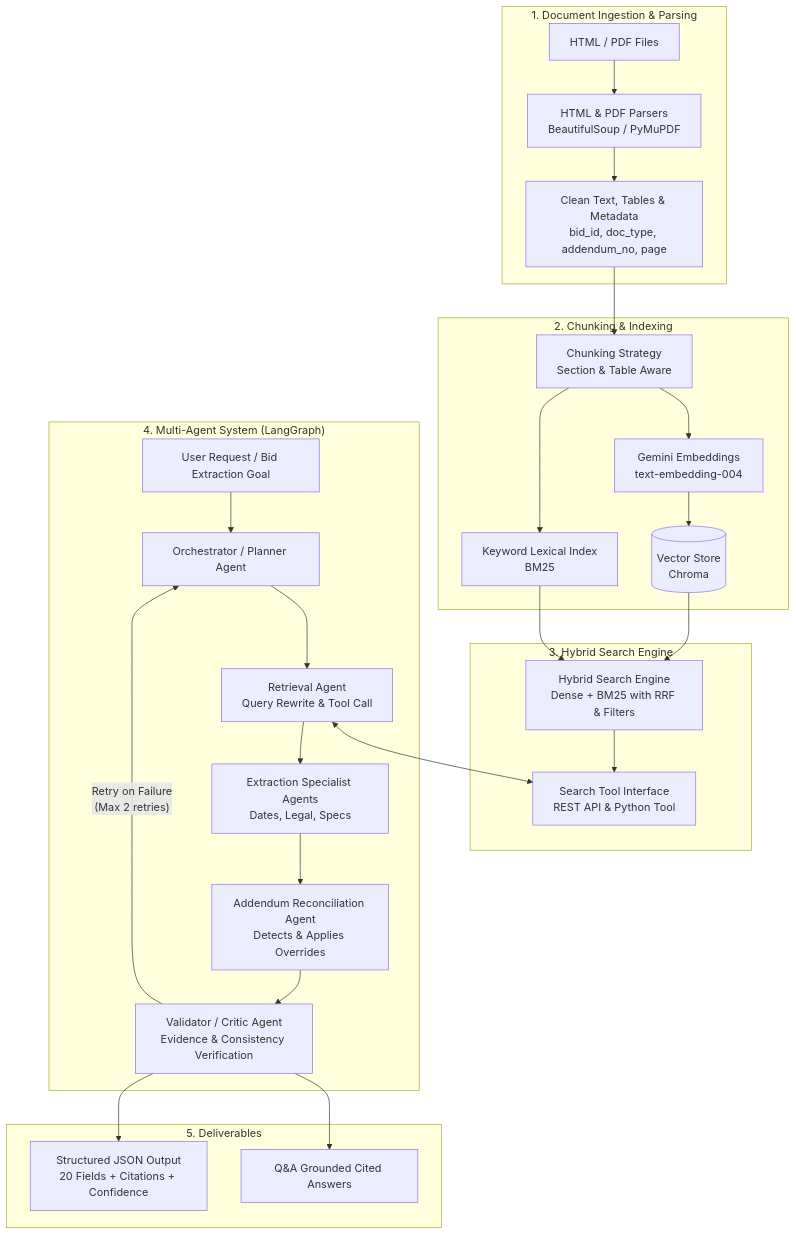
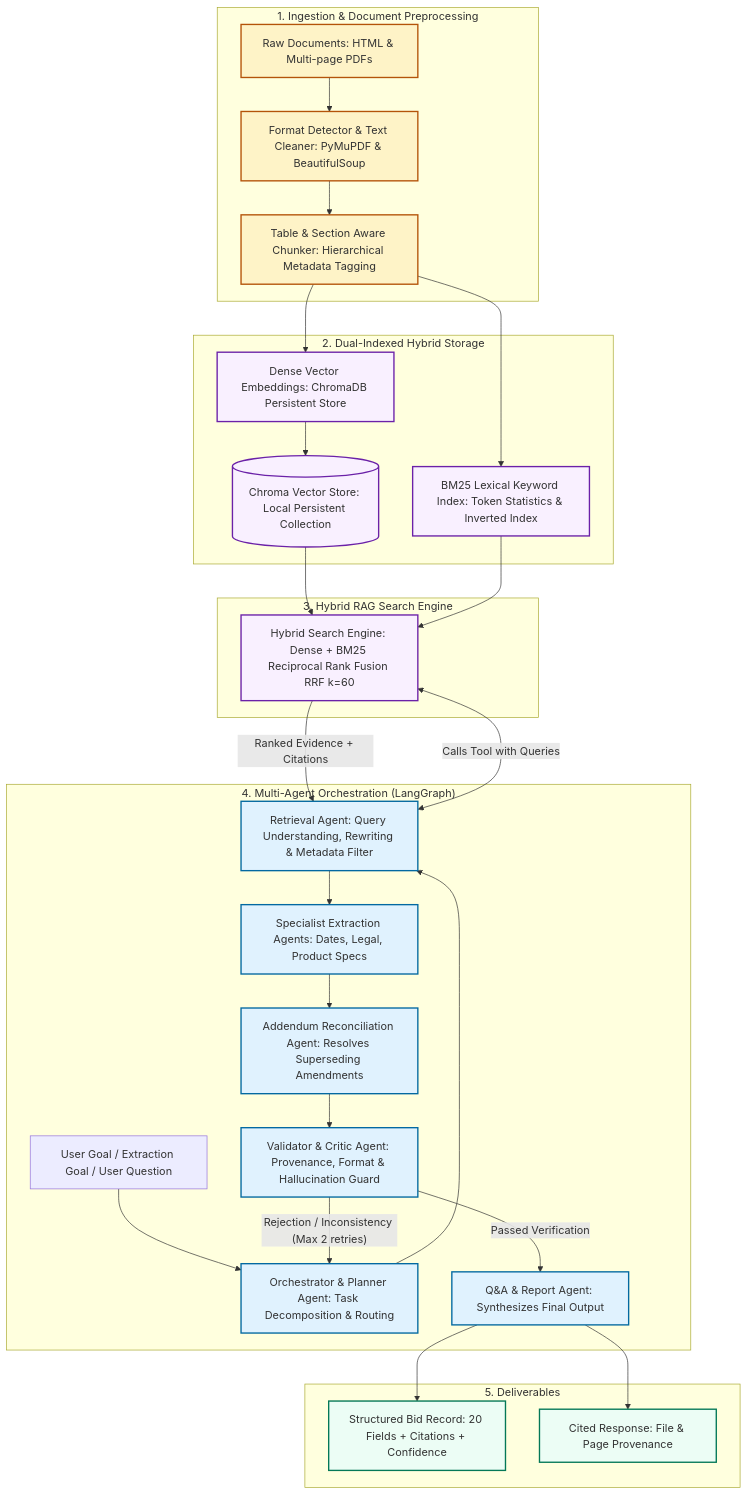
Before and after one commit to xoTEMPESTox-Archive/emplay_ai: the diagram in deliverables/source_code/docs/architecture.md, drawn with Mermaid. The commit also changed other lines of this file and 11 other files, not shown here.

Commit message:
feat(platform): finalize 5-tab Streamlit cloud platform, architectural documentation, and deliverables hub

````diff
--- a/deliverables/source_code/docs/architecture.md
+++ b/deliverables/source_code/docs/architecture.md
@@ -7,34 +11,43 @@
 ```mermaid
 flowchart TD
-    subgraph Ingestion["1. Document Ingestion & Parsing"]
-        A[HTML / PDF Files] --> B[HTML & PDF Parsers<br/>BeautifulSoup / PyMuPDF]
-        B --> C[Clean Text, Tables & Metadata<br/>bid_id, doc_type, addendum_no, page]
+    classDef storage fill:#f9f0ff,stroke:#6b21a8,stroke-width:2px;
+    classDef agent fill:#e0f2fe,stroke:#0369a1,stroke-width:2px;
+    classDef parser fill:#fef3c7,stroke:#b45309,stroke-width:2px;
+    classDef output fill:#ecfdf5,stroke:#047857,stroke-width:2px;
+
+    subgraph INGESTION["1. Ingestion & Document Preprocessing"]
+        Docs["Raw Documents: HTML & Multi-page PDFs"]:::parser --> Detect["Format Detector & Text Cleaner: PyMuPDF & BeautifulSoup"]:::parser
+        Detect --> Chunker["Table & Section Aware Chunker: Hierarchical Metadata Tagging"]:::parser
     end
 
-    subgraph Indexing["2. Chunking & Indexing"]
-        C --> D[Chunking Strategy<br/>Section & Table Aware]
-        D --> E[Gemini Embeddings<br/>text-embedding-004]
-        D --> F[Keyword Lexical Index<br/>BM25]
-        E --> G[(Vector Store<br/>Chroma)]
+    subgraph INDEX["2. Dual-Indexed Hybrid Storage"]
+        Chunker --> Embed["Dense Vector Embeddings: ChromaDB Persistent Store"]:::storage
+        Chunker --> BM25Index["BM25 Lexical Keyword Index: Token Statistics & Inverted Index"]:::storage
+        Embed --> ChromaDB[("Chroma Vector Store: Local Persistent Collection")]:::storage
     end
 
-    subgraph Search["3. Hybrid Search Engine"]
-        G & F --> H[Hybrid Search Engine<br/>Dense + BM25 with RRF & Filters]
-        H --> I[Search Tool Interface<br/>REST API & Python Tool]
+    subgraph SEARCH["3. Hybrid RAG Search Engine"]
+        ChromaDB & BM25Index --> SearchTool["Hybrid Search Engine: Dense + BM25 Reciprocal Rank Fusion RRF k=60"]:::storage
     end
 
-    subgraph MultiAgent["4. Multi-Agent System (LangGraph)"]
-        J[User Request / Bid Extraction Goal] --> K[Orchestrator / Planner Agent]
-        K --> L[Retrieval Agent<br/>Query Rewrite & Tool Call]
-        L <--> I
-        L --> M[Extraction Specialist Agents<br/>Dates, Legal, Specs]
-        M --> N[Addendum Reconciliation Agent<br/>Detects & Applies Overrides]
-        N --> O[Validator / Critic Agent<br/>Evidence & Consistency Verification]
-        O -- "Retry on Failure<br/>(Max 2 retries)" --> K
+    subgraph AGENTS["4. Multi-Agent Orchestration (LangGraph)"]
+        UserGoal["User Goal / Extraction Goal / User Question"] --> Orchestrator["Orchestrator & Planner Agent: Task Decomposition & Routing"]:::agent
+        
+        Orchestrator --> RetrievalAgent["Retrieval Agent: Query Understanding, Rewriting & Metadata Filter"]:::agent
+        RetrievalAgent <-->|Calls Tool with Queries| SearchTool
+        SearchTool -->|Ranked Evidence + Citations| RetrievalAgent
+        
+        RetrievalAgent --> ExtractionAgents["Specialist Extraction Agents: Dates, Legal, Product Specs"]:::agent
+        ExtractionAgents --> AddendumReconciler["Addendum Reconciliation Agent: Resolves Superseding Amendments"]:::agent
+        
+        AddendumReconciler --> Validator["Validator & Critic Agent: Provenance, Format & Hallucination Guard"]:::agent
+        
+        Validator -- "Rejection / Inconsistency (Max 2 retries)" --> Orchestrator
+        Validator -- "Passed Verification" --> ReportAgent["Q&A & Report Agent: Synthesizes Final Output"]:::agent
     end
 
-    subgraph Outputs["5. Deliverables"]
-        O --> P[Structured JSON Output<br/>20 Fields + Citations + Confidence]
-        O --> Q[Q&A Grounded Cited Answers]
+    subgraph OUTPUTS["5. Deliverables"]
+        ReportAgent --> JSONOut["Structured Bid Record: 20 Fields + Citations + Confidence"]:::output
+        ReportAgent --> QAOut["Cited Response: File & Page Provenance"]:::output
     end
 ```
````
